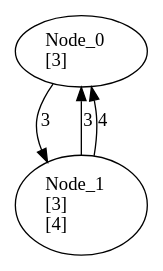
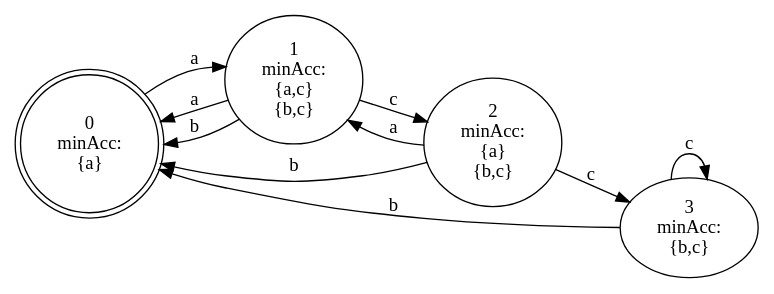
One commit to peleska/2018-csp-testing-conference changed the diagram in additional-material/fdr/p.dot. Above: the diagram before and after it, drawn with Graphviz. The commit also changed other lines of this file, not shown here.

Commit message:
Update with new dot format

```diff
--- a/additional-material/fdr/p.dot
+++ b/additional-material/fdr/p.dot
@@ -1,9 +1,18 @@
 digraph g {
 
-Node_0[label="Node_0\l[3]\l"];
-Node_0 -> Node_1[label="3"];
-Node_1[label="Node_1\l[3]\l[4]\l"];
-Node_1 -> Node_0[label="3"];
-Node_1 -> Node_0[label="4"];
+rankdir="LR"
+0[shape=doublecircle,label="0\nminAcc:\n{a}\n"];
+0 -> 1[label="a"];
+1[label="1\nminAcc:\n{a,c}\n{b,c}\n"];
+1 -> 0[label="a"];
+1 -> 0[label="b"];
+1 -> 2[label="c"];
+2[label="2\nminAcc:\n{a}\n{b,c}\n"];
+2 -> 1[label="a"];
+2 -> 0[label="b"];
+2 -> 3[label="c"];
+3[label="3\nminAcc:\n{b,c}\n"];
+3 -> 0[label="b"];
+3 -> 3[label="c"];
 
 }
```
